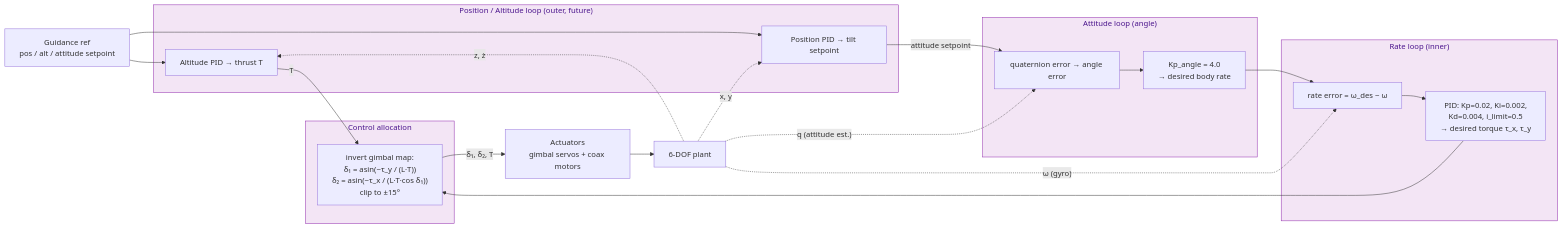
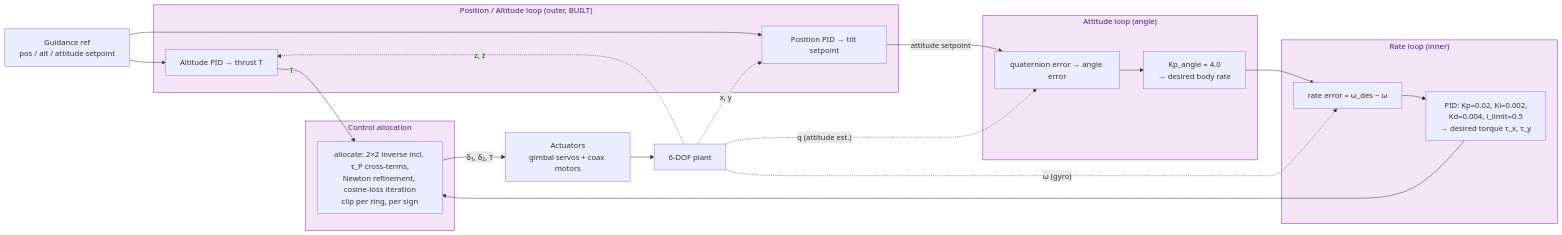
The second of 2 diagrams in docs/CONTROLLER_DESIGN.md (postech-psi/tvc-testbed), drawn with Mermaid before and after one commit. The commit also changed other lines of this file and 13 other files, not shown here.

````diff
--- a/docs/CONTROLLER_DESIGN.md
+++ b/docs/CONTROLLER_DESIGN.md
@@ -97,45 +100,45 @@
 ```mermaid
 flowchart LR
     REF["Guidance ref<br/>pos / alt / attitude setpoint"]
 
-    subgraph POS["Position / Altitude loop (outer, future)"]
+    subgraph POS["Position / Altitude loop (outer, BUILT)"]
         PZ["Altitude PID → thrust T"]
         PXY["Position PID → tilt setpoint"]
     end
 
     subgraph ATT["Attitude loop (angle)"]
         AER["quaternion error → angle error"]
         AKP["Kp_angle = 4.0<br/>→ desired body rate"]
         AER --> AKP
     end
 
     subgraph RATE["Rate loop (inner)"]
         RER["rate error = ω_des − ω"]
         RPID["PID: Kp=0.02, Ki=0.002,<br/>Kd=0.004, i_limit=0.5<br/>→ desired torque τ_x, τ_y"]
         RER --> RPID
     end
 
     subgraph ALLOC["Control allocation"]
-        INV["invert gimbal map:<br/>δ₁ = asin(−τ_y / (L·T))<br/>δ₂ = asin(−τ_x / (L·T·cos δ₁))<br/>clip to ±15°"]
+        INV["allocate: 2×2 inverse incl. τ_P cross-terms,<br/>Newton refinement, cosine-loss iteration<br/>clip per ring, per sign"]
     end
 
     ACTU["Actuators<br/>gimbal servos + coax motors"]
     PLANT["6-DOF plant"]
 
     REF --> PZ
     REF --> PXY
     PXY -->|attitude setpoint| AER
     PZ -->|T| INV
     AKP --> RER
     RPID --> INV
     INV -->|δ₁, δ₂, T| ACTU
     ACTU --> PLANT
 
     PLANT -.->|"ω (gyro)"| RER
     PLANT -.->|"q (attitude est.)"| AER
     PLANT -.->|"z, ż"| PZ
     PLANT -.->|"x, y"| PXY
 
     classDef loop fill:#f3e5f5,stroke:#8e24aa,color:#4a148c;
     class POS,ATT,RATE,ALLOC loop;
 ```
````
